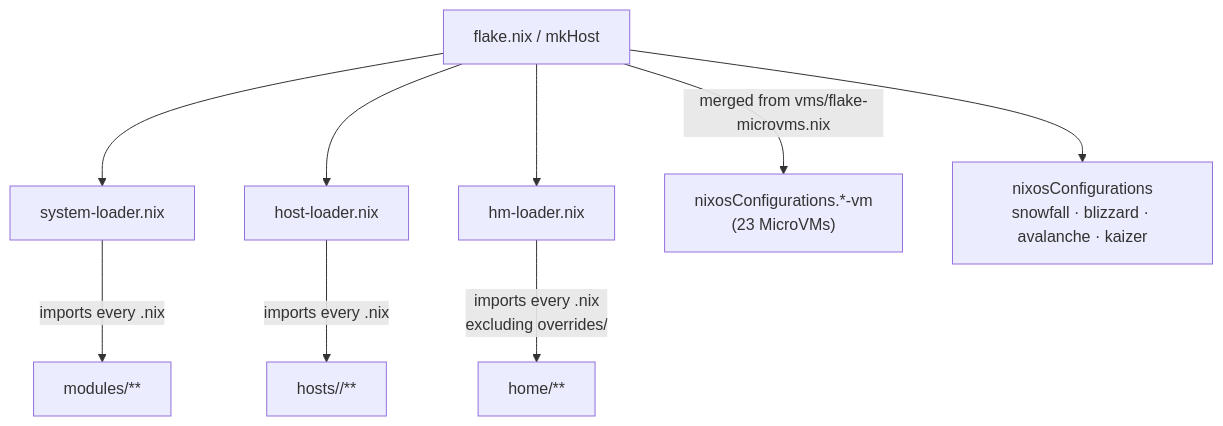
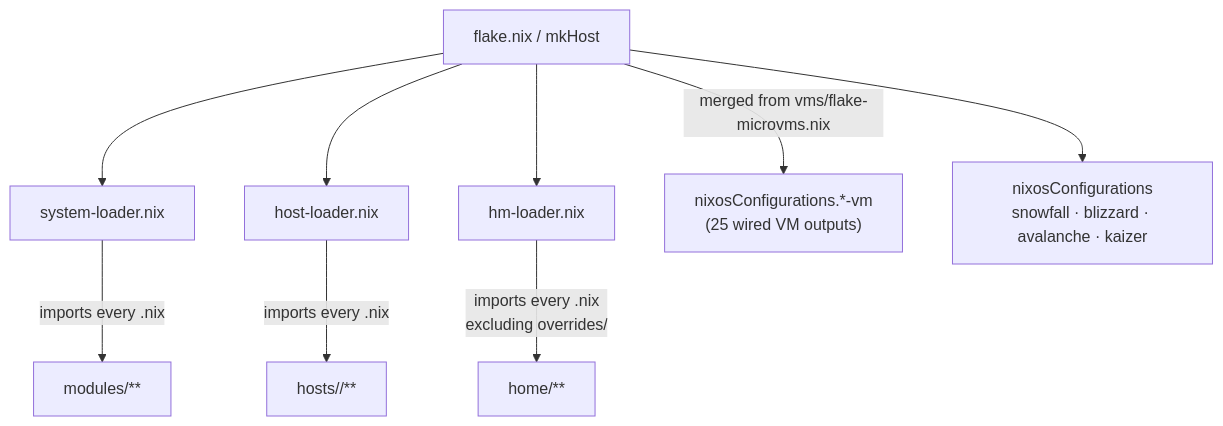
One commit to telometto/nix-config changed the first of 10 diagrams in docs/Project_Architecture_Blueprint.md. Above: the diagram before and after it, drawn with Mermaid. The commit also changed other lines of this file and 7 other files, not shown here.

Commit message:
🧹 chore(docs): update documentation for MicroVM outputs and verification dates

````diff
--- a/docs/Project_Architecture_Blueprint.md
+++ b/docs/Project_Architecture_Blueprint.md
@@ -22,11 +22,11 @@
 ```mermaid
 flowchart TD
     F[flake.nix / mkHost] --> SL[system-loader.nix]
     F --> HL[host-loader.nix]
     F --> HML[hm-loader.nix]
     SL -->|"imports every .nix"| MOD["modules/**"]
     HL -->|"imports every .nix"| HOST["hosts/<hostname>/**"]
     HML -->|"imports every .nix\nexcluding overrides/"| HOME["home/**"]
-    F -->|merged from vms/flake-microvms.nix| VMS["nixosConfigurations.*-vm\n(23 MicroVMs)"]
+    F -->|merged from vms/flake-microvms.nix| VMS["nixosConfigurations.*-vm\n(25 wired VM outputs)"]
     F --> HOSTS["nixosConfigurations\nsnowfall · blizzard · avalanche · kaizer"]
 ```
````
